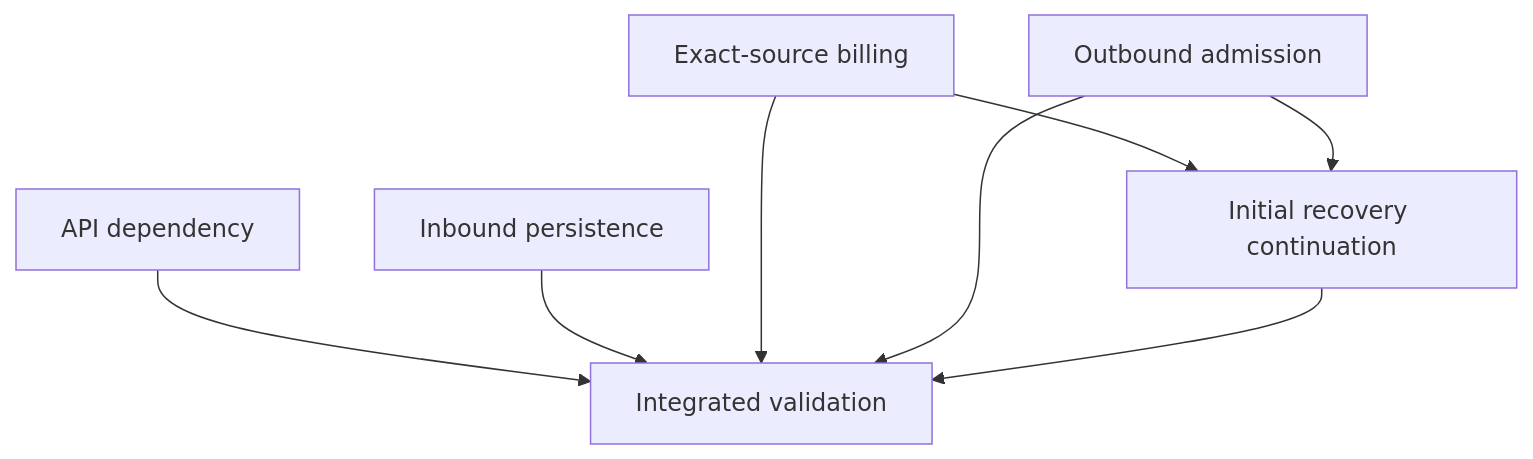
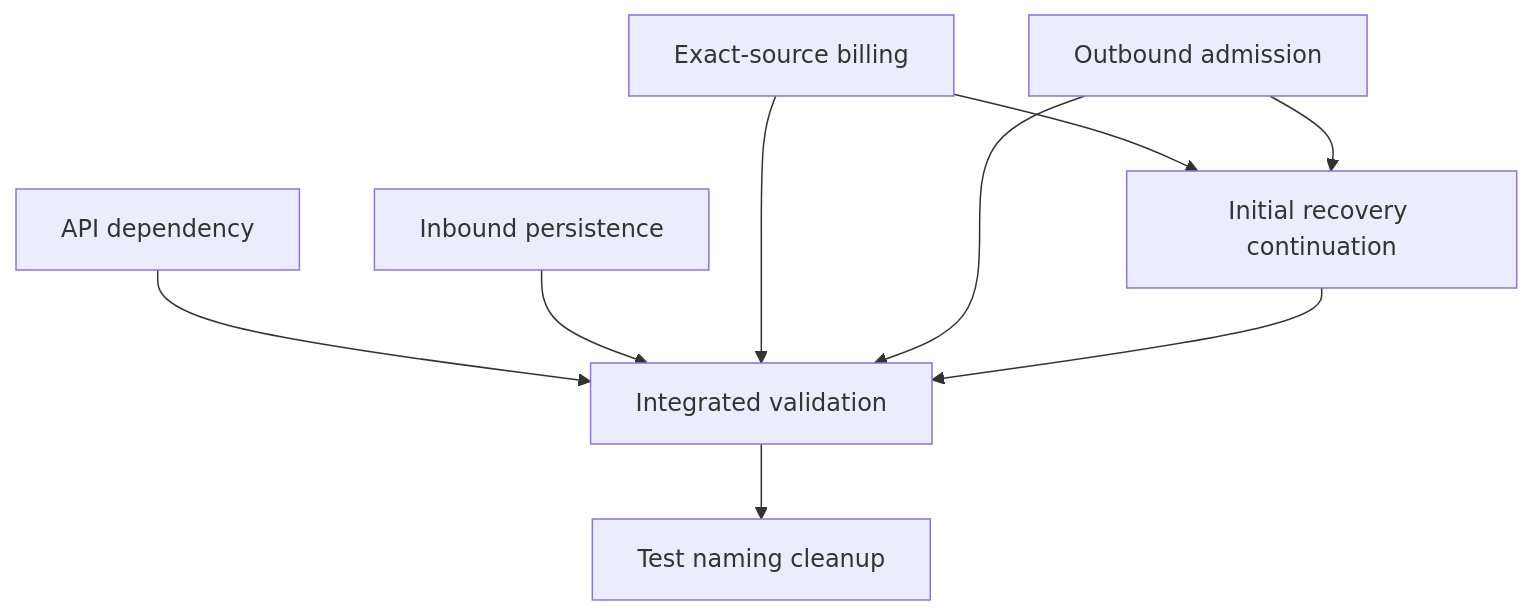
One commit to kodjobaah/moda-interact-workspace changed the diagram in docs/architecture/ARCH-056-background-persistence-and-recovery-progress.md. Above: the diagram before and after it, drawn with Mermaid. The commit also changed other lines of this file and 10 other files, not shown here.

Commit message:
docs(ARCH-056): add final semantic test naming task

````diff
--- a/docs/architecture/ARCH-056-background-persistence-and-recovery-progress.md
+++ b/docs/architecture/ARCH-056-background-persistence-and-recovery-progress.md
@@ -112,10 +114,11 @@
 ```mermaid
 flowchart TD
     A["API dependency"] --> S["Integrated validation"]
     I["Inbound persistence"] --> S
     B["Exact-source billing"] --> R["Initial recovery continuation"]
     O["Outbound admission"] --> R
     B --> S
     O --> S
     R --> S
+    S --> N["Test naming cleanup"]
 ```
````
